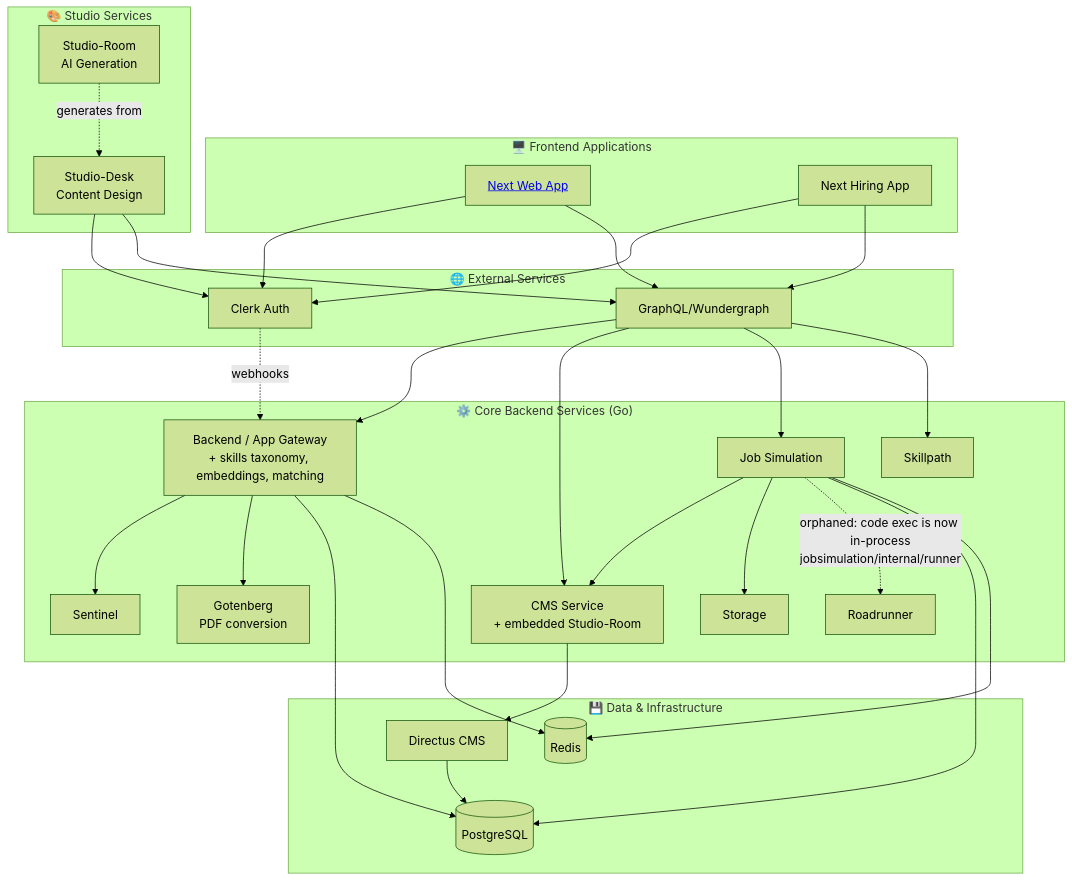
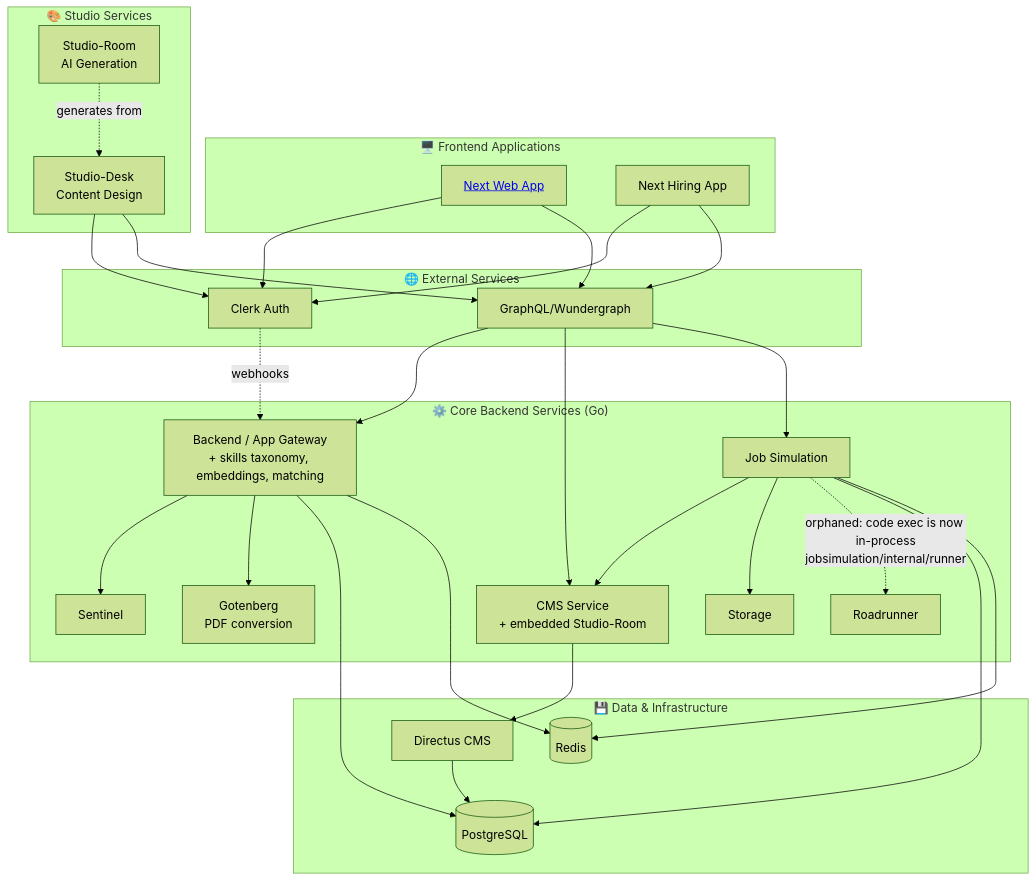
One commit to anthropos-work/rosetta changed the diagram in corpus/architecture/architecture_overview.md. Above: the diagram before and after it, drawn with Mermaid (forest theme). The commit also changed other lines of this file and 26 other files, not shown here.

````diff
--- a/corpus/architecture/architecture_overview.md
+++ b/corpus/architecture/architecture_overview.md
@@ -62,69 +61,67 @@
 ```mermaid
 graph TD
     subgraph External["🌐 External Services"]
         Clerk[Clerk Auth]
         GraphQL[GraphQL/Wundergraph]
     end
     
     subgraph Frontend["🖥️ Frontend Applications"]
         Web[<a href='./frontend_architecture.md'>Next Web App</a>]
         Hiring[Next Hiring App]
     end
     
     subgraph Studio["🎨 Studio Services"]
         Desk[Studio-Desk<br/>Content Design]
         Room[Studio-Room<br/>AI Generation]
     end
 
     subgraph Core["⚙️ Core Backend Services (Go)"]
         Gateway[Backend / App Gateway<br/>+ skills taxonomy, embeddings, matching]
         Sentinel[Sentinel]
         CMS_Service[CMS Service<br/>+ embedded Studio-Room]
         JobSim[Job Simulation]
-        Skillpath[Skillpath]
         Storage[Storage]
         Roadrunner[Roadrunner]
         Gotenberg[Gotenberg<br/>PDF conversion]
     end
 
     subgraph Data["💾 Data & Infrastructure"]
         Postgres[(PostgreSQL)]
         Redis[(Redis)]
         Directus[Directus CMS]
     end
     
     %% Frontend connections
     Web --> Clerk
     Hiring --> Clerk
     Web --> GraphQL
     Hiring --> GraphQL
     
     %% Studio connections
     Desk --> Clerk
     Desk --> GraphQL
     Room -.->|generates from| Desk
     
-    %% GraphQL aggregation (4 subgraphs: backend, jobsimulation, cms, skillpath)
+    %% GraphQL aggregation (3 subgraphs: backend, jobsimulation, cms)
     GraphQL --> Gateway
     GraphQL --> CMS_Service
     GraphQL --> JobSim
-    GraphQL --> Skillpath
 
     %% Core service dependencies
     Gateway --> Sentinel
     Gateway --> Gotenberg
     CMS_Service --> Directus
     JobSim --> CMS_Service
     JobSim --> Storage
     JobSim -.->|orphaned: code exec is now in-process<br/>jobsimulation/internal/runner| Roadrunner
     
     %% Data connections
     Gateway --> Postgres
     Gateway --> Redis
     JobSim --> Postgres
     JobSim --> Redis
     Directus --> Postgres
     
     %% Clerk integration
     Clerk -.->|webhooks| Gateway
 ```
````
